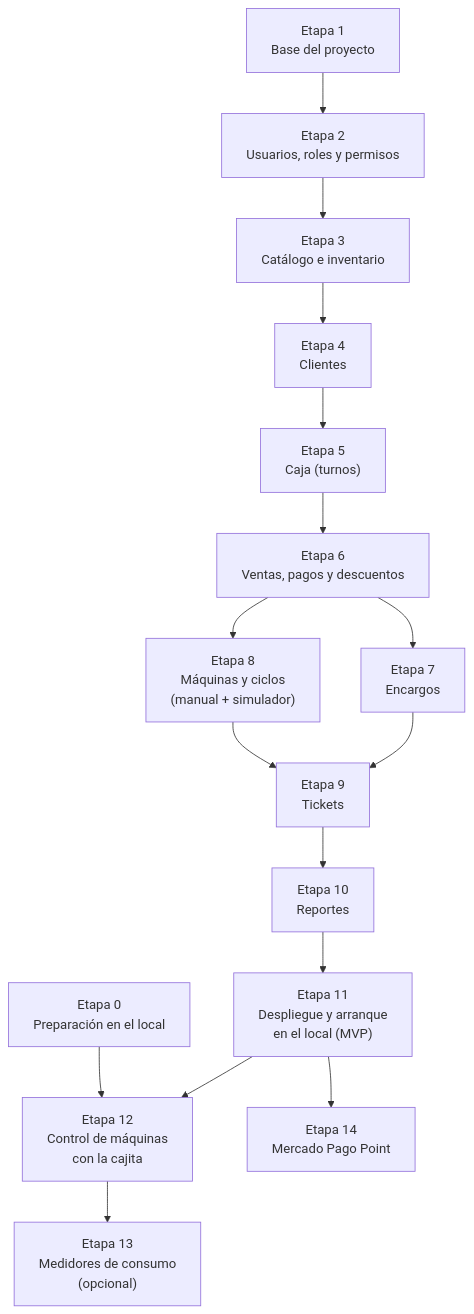
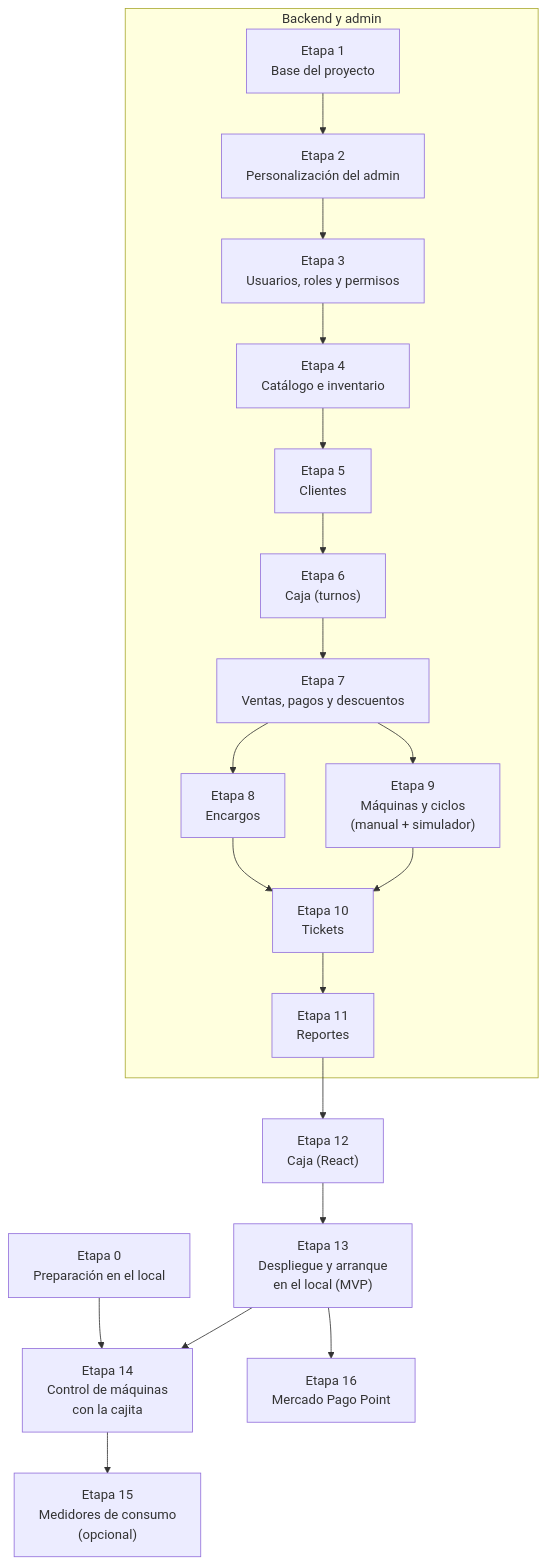
Before and after one commit to atneses/open-laundry: the diagram in plan.md, drawn with Mermaid. The commit also changed other lines of this file and 1 other file, not shown here.

Commit message:
chore: update mvp and plan files

````diff
--- a/plan.md
+++ b/plan.md
@@ -132,18 +140,34 @@
 ```mermaid
 flowchart TD
-    E0["Etapa 0<br/>Preparación en el local"] --> E12
-    E1["Etapa 1<br/>Base del proyecto"] --> E2["Etapa 2<br/>Usuarios, roles y permisos"]
-    E2 --> E3["Etapa 3<br/>Catálogo e inventario"]
-    E3 --> E4["Etapa 4<br/>Clientes"]
-    E4 --> E5["Etapa 5<br/>Caja (turnos)"]
-    E5 --> E6["Etapa 6<br/>Ventas, pagos y descuentos"]
-    E6 --> E7["Etapa 7<br/>Encargos"]
-    E6 --> E8["Etapa 8<br/>Máquinas y ciclos<br/>(manual + simulador)"]
-    E8 --> E9["Etapa 9<br/>Tickets"]
-    E7 --> E9
-    E9 --> E10["Etapa 10<br/>Reportes"]
-    E10 --> E11["Etapa 11<br/>Despliegue y arranque<br/>en el local (MVP)"]
-    E11 --> E12["Etapa 12<br/>Control de máquinas<br/>con la cajita"]
-    E12 --> E13["Etapa 13<br/>Medidores de consumo<br/>(opcional)"]
-    E11 --> E14["Etapa 14<br/>Mercado Pago Point"]
+    E0["Etapa 0<br/>Preparación en el local"] --> E14
+    E1["Etapa 1<br/>Base del proyecto"] --> E2["Etapa 2<br/>Personalización del admin"]
+    E2 --> E3["Etapa 3<br/>Usuarios, roles y permisos"]
+    E3 --> E4["Etapa 4<br/>Catálogo e inventario"]
+    E4 --> E5["Etapa 5<br/>Clientes"]
+    E5 --> E6["Etapa 6<br/>Caja (turnos)"]
+    E6 --> E7["Etapa 7<br/>Ventas, pagos y descuentos"]
+    E7 --> E8["Etapa 8<br/>Encargos"]
+    E7 --> E9["Etapa 9<br/>Máquinas y ciclos<br/>(manual + simulador)"]
+    E8 --> E10["Etapa 10<br/>Tickets"]
+    E9 --> E10
+    E10 --> E11["Etapa 11<br/>Reportes"]
+    E11 --> E12["Etapa 12<br/>Caja (React)"]
+    E12 --> E13["Etapa 13<br/>Despliegue y arranque<br/>en el local (MVP)"]
+    E13 --> E14["Etapa 14<br/>Control de máquinas<br/>con la cajita"]
+    E14 --> E15["Etapa 15<br/>Medidores de consumo<br/>(opcional)"]
+    E13 --> E16["Etapa 16<br/>Mercado Pago Point"]
+
+    subgraph back["Backend y admin"]
+        E1
+        E2
+        E3
+        E4
+        E5
+        E6
+        E7
+        E8
+        E9
+        E10
+        E11
+    end
 ```
````
